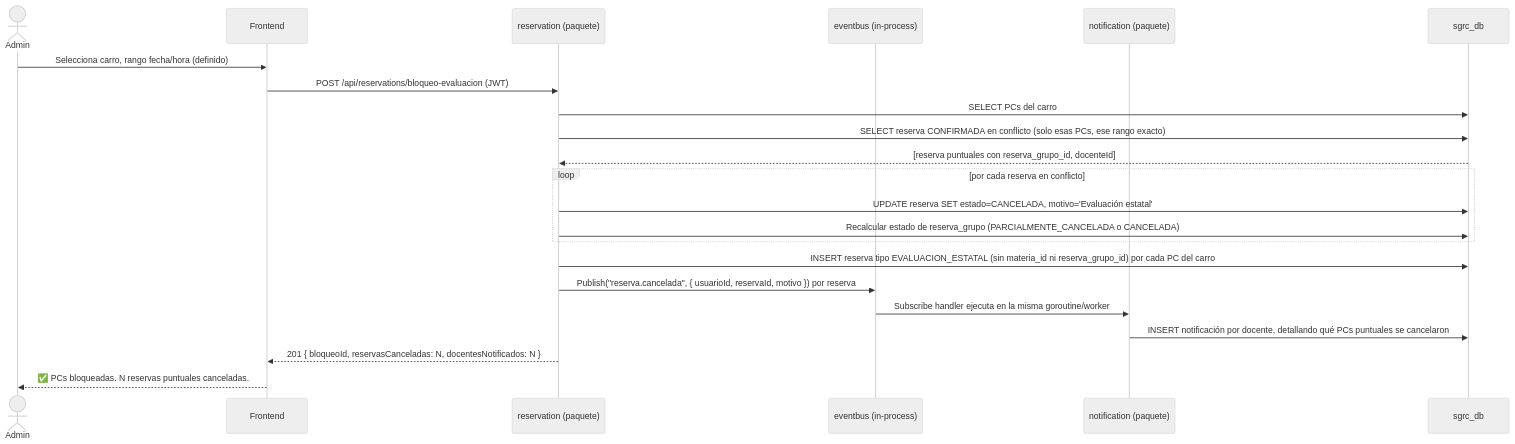
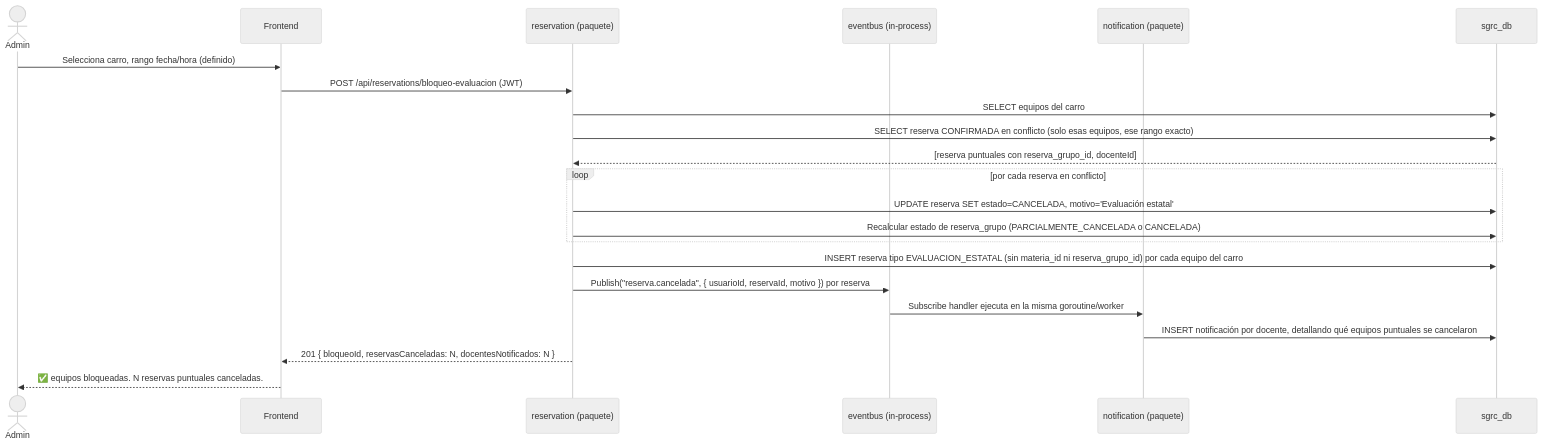
One commit to agustin-y2k/sgrc changed the sixth of 13 diagrams in docs/04-diagramas-secuencia.md. Above: the diagram before and after it, drawn with Mermaid (neutral theme). The commit also changed other lines of this file and 81 other files, not shown here.

````diff
--- a/docs/04-diagramas-secuencia.md
+++ b/docs/04-diagramas-secuencia.md
@@ -186,25 +186,25 @@
 ```mermaid
 sequenceDiagram
     actor ADM as Admin
     participant FE as Frontend
     participant RES as reservation (paquete)
     participant EB as eventbus (in-process)
     participant NOTIF as notification (paquete)
     participant DB as sgrc_db
 
     ADM->>FE: Selecciona carro, rango fecha/hora (definido)
     FE->>RES: POST /api/reservations/bloqueo-evaluacion (JWT)
-    RES->>DB: SELECT PCs del carro
-    RES->>DB: SELECT reserva CONFIRMADA en conflicto (solo esas PCs, ese rango exacto)
+    RES->>DB: SELECT equipos del carro
+    RES->>DB: SELECT reserva CONFIRMADA en conflicto (solo esas equipos, ese rango exacto)
     DB-->>RES: [reserva puntuales con reserva_grupo_id, docenteId]
     loop por cada reserva en conflicto
         RES->>DB: UPDATE reserva SET estado=CANCELADA, motivo='Evaluación estatal'
         RES->>DB: Recalcular estado de reserva_grupo (PARCIALMENTE_CANCELADA o CANCELADA)
     end
-    RES->>DB: INSERT reserva tipo EVALUACION_ESTATAL (sin materia_id ni reserva_grupo_id) por cada PC del carro
+    RES->>DB: INSERT reserva tipo EVALUACION_ESTATAL (sin materia_id ni reserva_grupo_id) por cada equipo del carro
     RES->>EB: Publish("reserva.cancelada", { usuarioId, reservaId, motivo }) por reserva
     EB->>NOTIF: Subscribe handler ejecuta en la misma goroutine/worker
-    NOTIF->>DB: INSERT notificación por docente, detallando qué PCs puntuales se cancelaron
+    NOTIF->>DB: INSERT notificación por docente, detallando qué equipos puntuales se cancelaron
     RES-->>FE: 201 { bloqueoId, reservasCanceladas: N, docentesNotificados: N }
-    FE-->>ADM: ✅ PCs bloqueadas. N reservas puntuales canceladas.
+    FE-->>ADM: ✅ equipos bloqueadas. N reservas puntuales canceladas.
 ```
````
